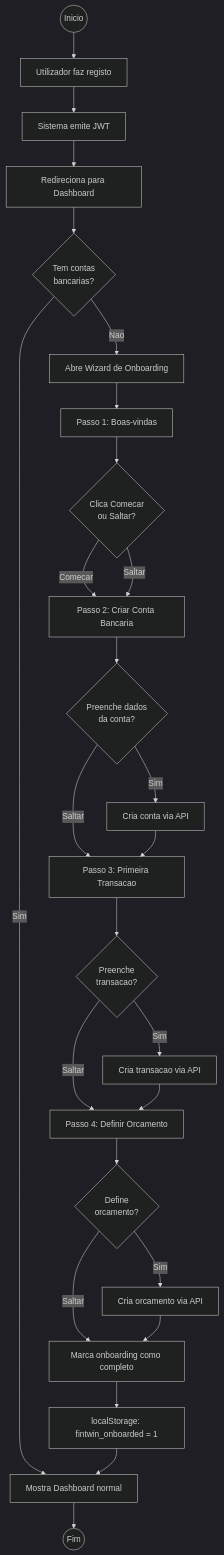
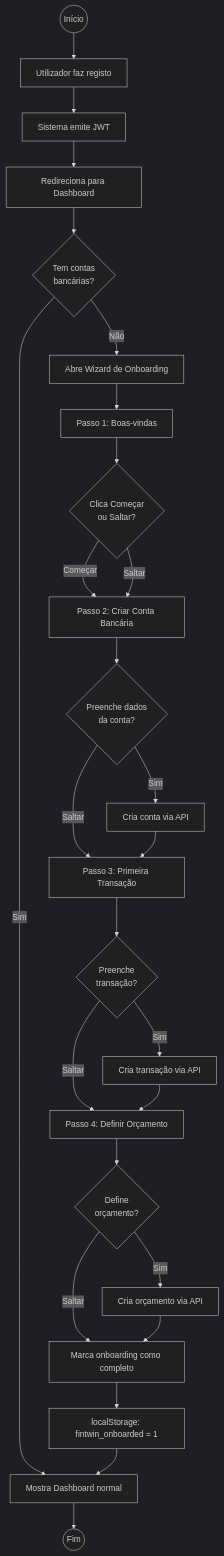
One commit to henriquelaia/FinTwin changed the first of 3 diagrams in docs/sprint1/05_diagramas_atividade.md. Above: the diagram before and after it, drawn with Mermaid (dark theme). The commit also changed other lines of this file and 11 other files, not shown here.

````diff
--- a/docs/sprint1/05_diagramas_atividade.md
+++ b/docs/sprint1/05_diagramas_atividade.md
@@ -5,35 +5,35 @@
 ```mermaid
 flowchart TD
-    START((Inicio)) --> REG[Utilizador faz registo]
+    START((Início)) --> REG[Utilizador faz registo]
     REG --> JWT[Sistema emite JWT]
     JWT --> DASH[Redireciona para Dashboard]
-    DASH --> CHECK{Tem contas<br/>bancarias?}
+    DASH --> CHECK{Tem contas<br/>bancárias?}
 
-    CHECK -->|Nao| WIZ[Abre Wizard de Onboarding]
+    CHECK -->|Não| WIZ[Abre Wizard de Onboarding]
     CHECK -->|Sim| SHOW[Mostra Dashboard normal]
 
     WIZ --> S1[Passo 1: Boas-vindas]
-    S1 --> S1A{Clica Comecar<br/>ou Saltar?}
-    S1A -->|Comecar| S2[Passo 2: Criar Conta Bancaria]
+    S1 --> S1A{Clica Começar<br/>ou Saltar?}
+    S1A -->|Começar| S2[Passo 2: Criar Conta Bancária]
     S1A -->|Saltar| S2
 
     S2 --> S2A{Preenche dados<br/>da conta?}
     S2A -->|Sim| S2B[Cria conta via API]
-    S2A -->|Saltar| S3[Passo 3: Primeira Transacao]
+    S2A -->|Saltar| S3[Passo 3: Primeira Transação]
     S2B --> S3
 
-    S3 --> S3A{Preenche<br/>transacao?}
-    S3A -->|Sim| S3B[Cria transacao via API]
-    S3A -->|Saltar| S4[Passo 4: Definir Orcamento]
+    S3 --> S3A{Preenche<br/>transação?}
+    S3A -->|Sim| S3B[Cria transação via API]
+    S3A -->|Saltar| S4[Passo 4: Definir Orçamento]
     S3B --> S4
 
-    S4 --> S4A{Define<br/>orcamento?}
-    S4A -->|Sim| S4B[Cria orcamento via API]
+    S4 --> S4A{Define<br/>orçamento?}
+    S4A -->|Sim| S4B[Cria orçamento via API]
     S4A -->|Saltar| FIN[Marca onboarding como completo]
     S4B --> FIN
 
     FIN --> LS[localStorage: fintwin_onboarded = 1]
     LS --> SHOW
 
     SHOW --> END((Fim))
 ```
````
